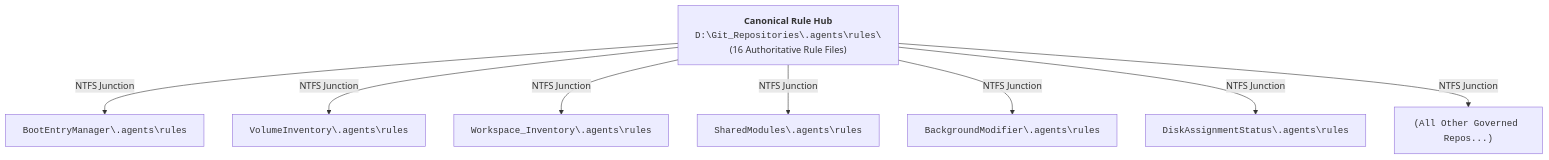
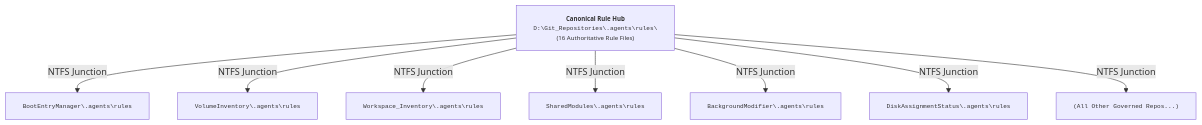
The first of 2 diagrams in docs/LCM-Rules-Cross-Reference.md (rgbigel/Workspace_AI), drawn with Mermaid before and after one commit. The commit also changed other lines of this file and 8 other files, not shown here.

````diff
--- a/docs/LCM-Rules-Cross-Reference.md
+++ b/docs/LCM-Rules-Cross-Reference.md
@@ -15,12 +15,14 @@
 ```mermaid
 graph TD
-    Hub["<b>Canonical Rule Hub</b><br><code>D:\Git_Repositories\.agents\rules\</code><br>(16 Authoritative Rule Files)"]
+    classDef default font-size:8pt;
+    Hub["<b>Canonical Rule Hub</b><br/><code>D:\Git_Repositories\.agents\rules\</code><br/>(16 Authoritative Rule Files)"]
     
     Hub -->|NTFS Junction| J1["<code>BootEntryManager\.agents\rules</code>"]
     Hub -->|NTFS Junction| J2["<code>VolumeInventory\.agents\rules</code>"]
     Hub -->|NTFS Junction| J3["<code>Workspace_Inventory\.agents\rules</code>"]
     Hub -->|NTFS Junction| J4["<code>SharedModules\.agents\rules</code>"]
     Hub -->|NTFS Junction| J5["<code>BackgroundModifier\.agents\rules</code>"]
     Hub -->|NTFS Junction| J6["<code>DiskAssignmentStatus\.agents\rules</code>"]
     Hub -->|NTFS Junction| J7["<code>(All Other Governed Repos...)</code>"]
+
 ```
````
